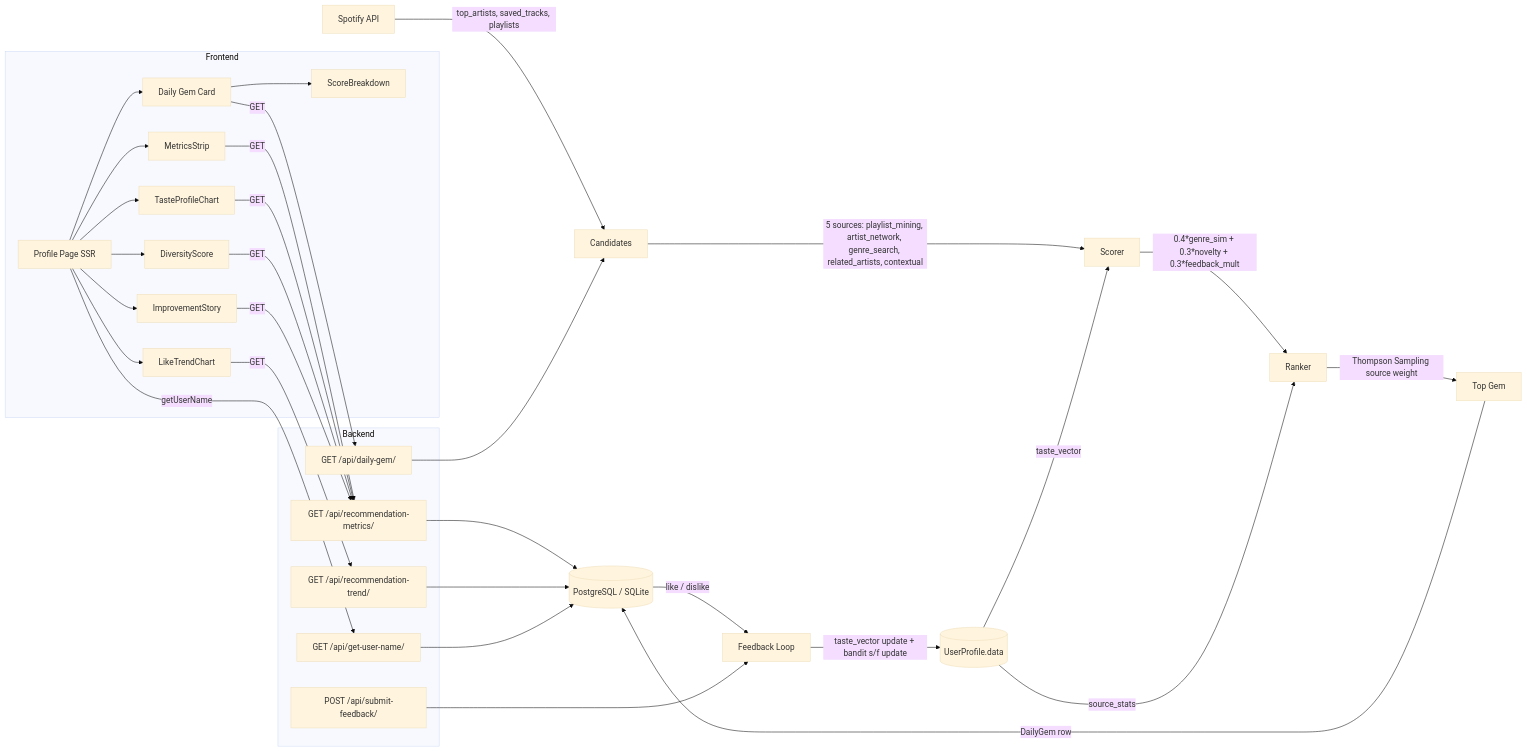
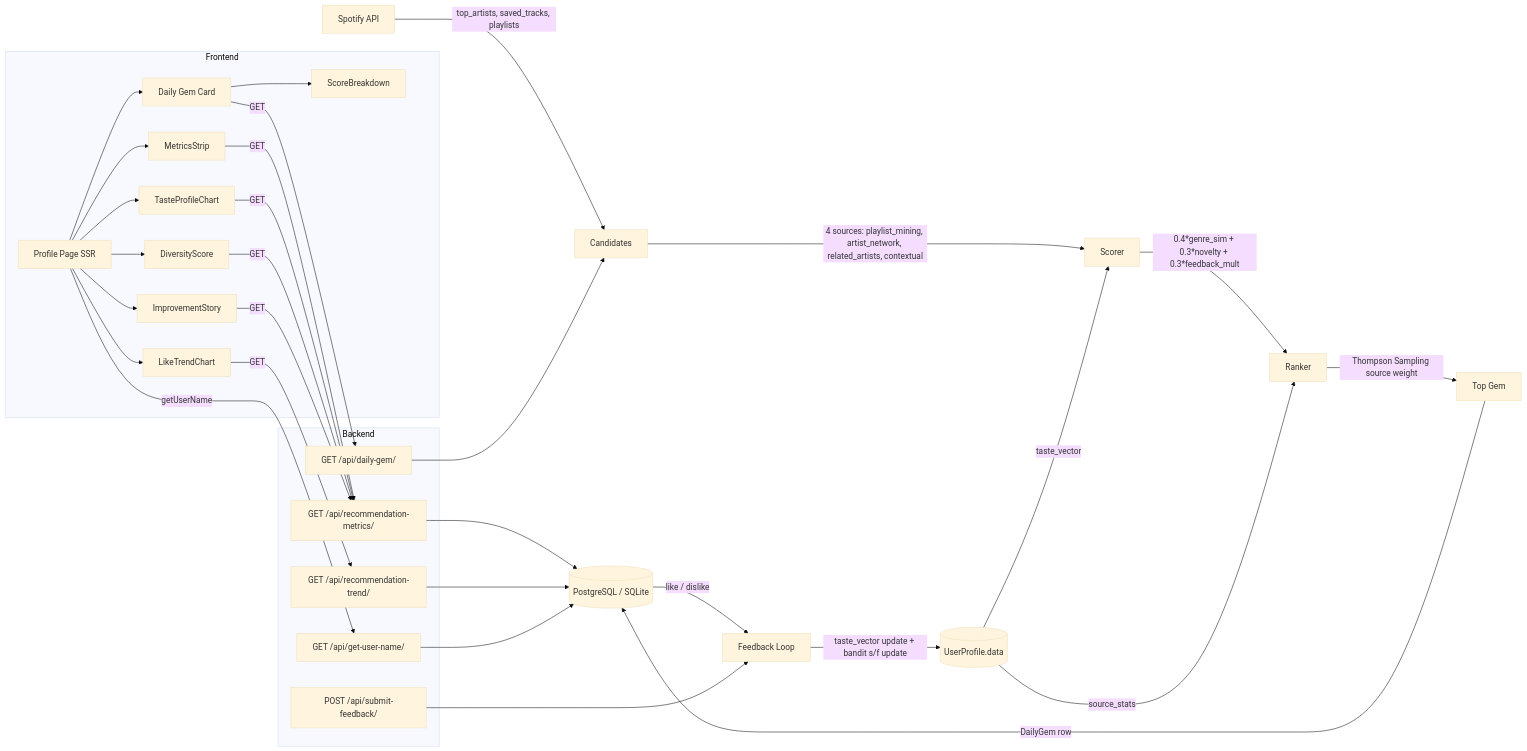
Before and after one commit to alueddeke/songscope: the diagram in SYSTEM_DESIGN.md, drawn with Mermaid (base theme). The commit also changed other lines of this file and 1 other file, not shown here.

````diff
--- a/SYSTEM_DESIGN.md
+++ b/SYSTEM_DESIGN.md
@@ -9,54 +9,54 @@
 ```mermaid
 flowchart LR
     subgraph Frontend
         Profile[Profile Page SSR]
         DailyGemUI[Daily Gem Card]
         MetricsStrip[MetricsStrip]
         LikeTrendChart[LikeTrendChart]
         TasteProfileChart[TasteProfileChart]
         DiversityScore[DiversityScore]
         ImprovementStory[ImprovementStory]
         ScoreBreakdown[ScoreBreakdown]
     end
 
     subgraph Backend
         GemView[GET /api/daily-gem/]
         FeedbackView[POST /api/submit-feedback/]
         MetricsView[GET /api/recommendation-metrics/]
         TrendView[GET /api/recommendation-trend/]
         UserNameView[GET /api/get-user-name/]
     end
 
     Profile -->|getUserName| UserNameView
     Profile --> DailyGemUI
     Profile --> MetricsStrip
     Profile --> LikeTrendChart
     Profile --> TasteProfileChart
     Profile --> DiversityScore
     Profile --> ImprovementStory
 
     DailyGemUI -->|GET| GemView
     DailyGemUI --> ScoreBreakdown
     MetricsStrip -->|GET| MetricsView
     LikeTrendChart -->|GET| TrendView
     TasteProfileChart -->|GET| MetricsView
     DiversityScore -->|GET| MetricsView
     ImprovementStory -->|GET| MetricsView
 
     MetricsView --> DB[(PostgreSQL / SQLite)]
     TrendView --> DB
     UserNameView --> DB
 
     Spotify[Spotify API] -->|top_artists, saved_tracks, playlists| Candidates
-    Candidates -->|5 sources: playlist_mining, artist_network, genre_search, related_artists, contextual| Scorer
+    Candidates -->|4 sources: playlist_mining, artist_network, related_artists, contextual| Scorer
     Scorer -->|0.4*genre_sim + 0.3*novelty + 0.3*feedback_mult| Ranker
     Ranker -->|Thompson Sampling source weight| TopGem[Top Gem]
     TopGem -->|DailyGem row| DB
     DB -->|like / dislike| FeedbackLoop[Feedback Loop]
     FeedbackLoop -->|taste_vector update + bandit s/f update| UserProfile[(UserProfile.data)]
     UserProfile -->|taste_vector| Scorer
     UserProfile -->|source_stats| Ranker
 
     GemView --> Candidates
     FeedbackView --> FeedbackLoop
 ```
````
